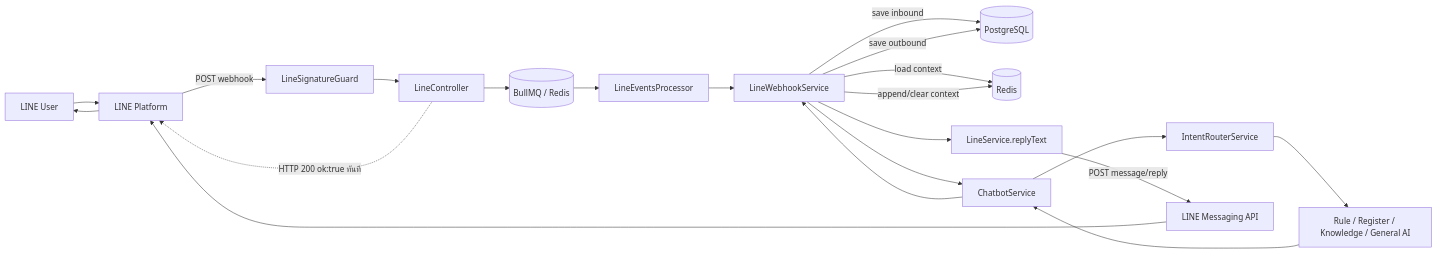
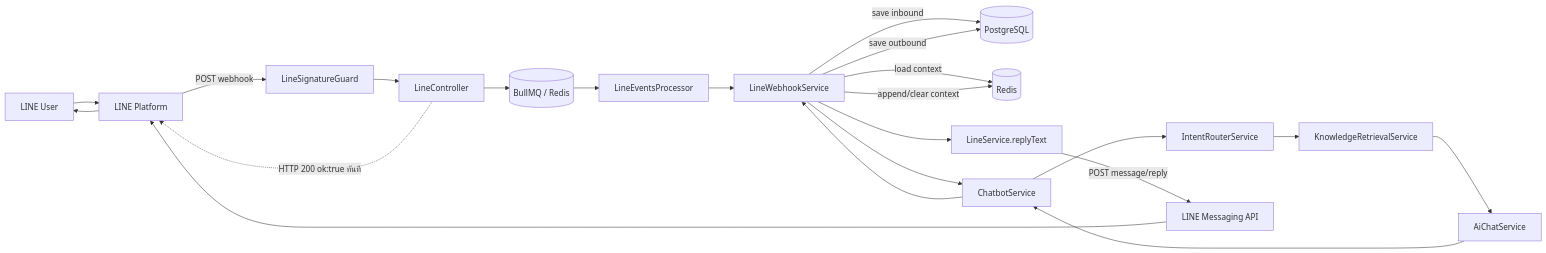
One commit to Codeine999/chatbot-agents changed the first of 4 diagrams in docs/line-message-e2e-current.md. Above: the diagram before and after it, drawn with Mermaid. The commit also changed other lines of this file and 5 other files, not shown here.

````diff
--- a/docs/line-message-e2e-current.md
+++ b/docs/line-message-e2e-current.md
@@ -11,23 +24,24 @@
 ```mermaid
 flowchart LR
     U[LINE User] --> LP[LINE Platform]
     LP -->|POST webhook| G[LineSignatureGuard]
     G --> C[LineController]
     C --> Q[(BullMQ / Redis)]
     C -.->|HTTP 200 ok:true ทันที| LP
     Q --> P[LineEventsProcessor]
     P --> W[LineWebhookService]
     W -->|save inbound| PG[(PostgreSQL)]
     W -->|load context| R[(Redis)]
     W --> CB[ChatbotService]
     CB --> IR[IntentRouterService]
-    IR --> EXEC[Rule / Register / Knowledge / General AI]
-    EXEC --> CB
+    IR --> KR[KnowledgeRetrievalService]
+    KR --> AI[AiChatService]
+    AI --> CB
     CB --> W
     W --> LS[LineService.replyText]
     LS -->|POST message/reply| API[LINE Messaging API]
     API --> LP
     LP --> U
     W -->|save outbound| PG
     W -->|append/clear context| R
 ```
````
